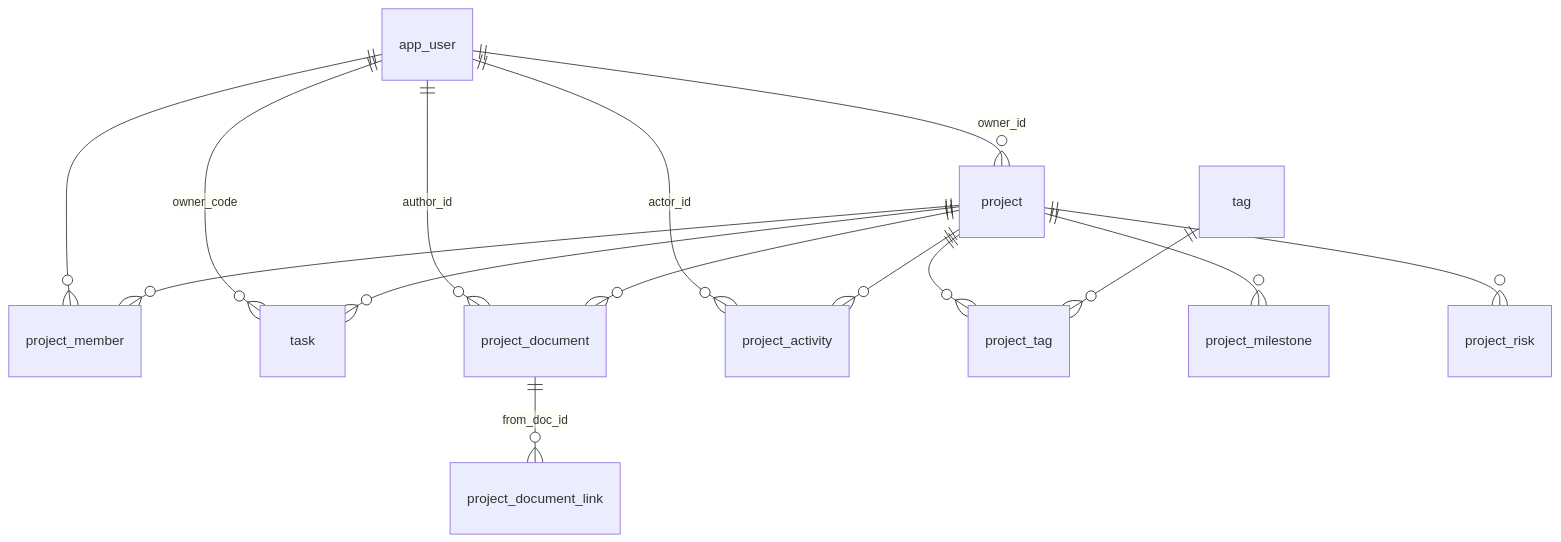
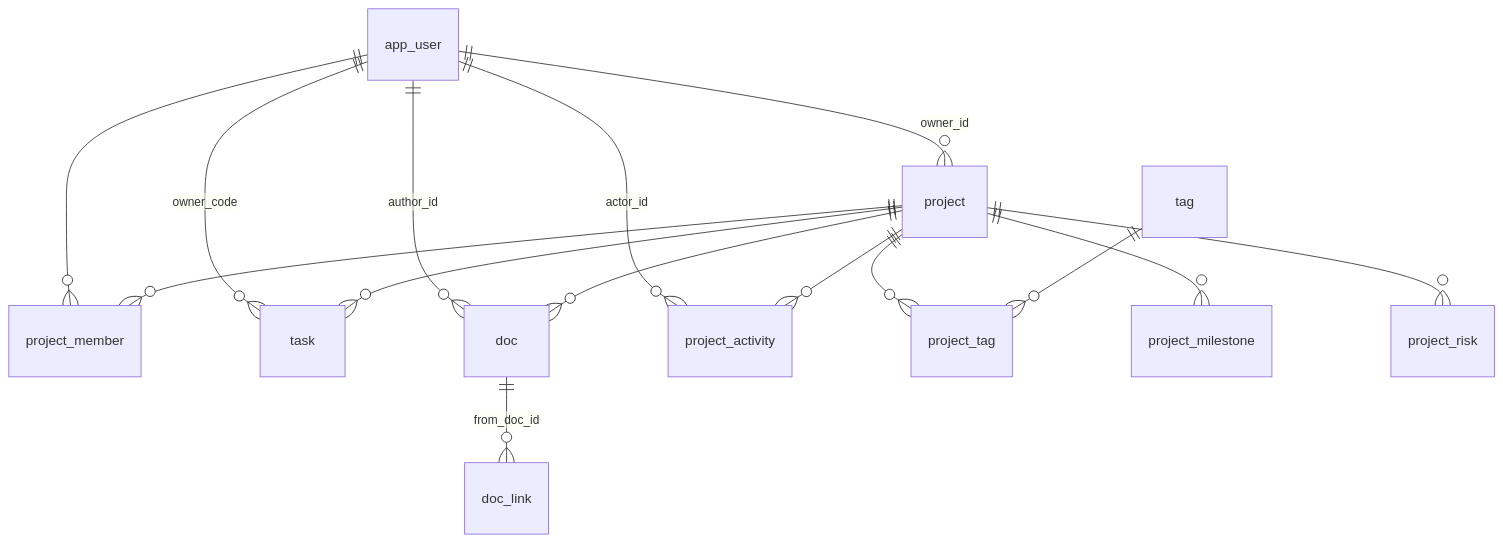
One commit to admire-adoring/lucky changed the diagram in design/sql-design/项目表结构设计.md. Above: the diagram before and after it, drawn with Mermaid. The commit also changed other lines of this file and 174 other files, not shown here.

````diff
--- a/design/sql-design/项目表结构设计.md
+++ b/design/sql-design/项目表结构设计.md
@@ -55,17 +56,17 @@
 ```mermaid
 erDiagram
     app_user     ||--o{ project                 : "owner_id"
     app_user     ||--o{ project_member          : ""
     app_user     ||--o{ task                    : "owner_code"
-    app_user     ||--o{ project_document        : "author_id"
+    app_user     ||--o{ doc        : "author_id"
     app_user     ||--o{ project_activity        : "actor_id"
     project      ||--o{ project_member          : ""
     project      ||--o{ project_tag             : ""
     tag          ||--o{ project_tag             : ""
     project      ||--o{ task                    : ""
     project      ||--o{ project_milestone       : ""
-    project      ||--o{ project_document        : ""
-    project_document ||--o{ project_document_link : "from_doc_id"
+    project      ||--o{ doc        : ""
+    doc ||--o{ doc_link : "from_doc_id"
     project      ||--o{ project_activity        : ""
     project      ||--o{ project_risk            : ""
 ```
````
